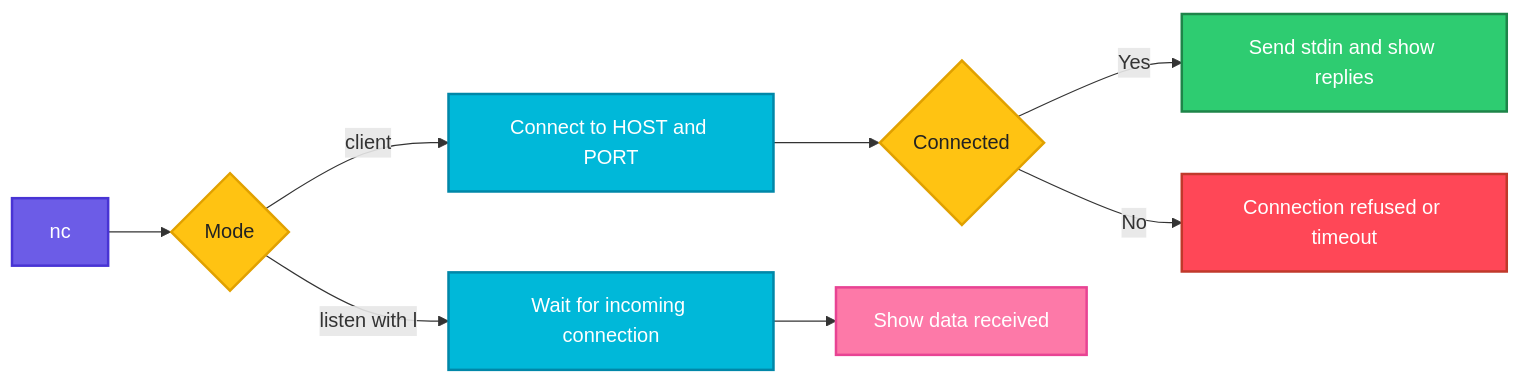
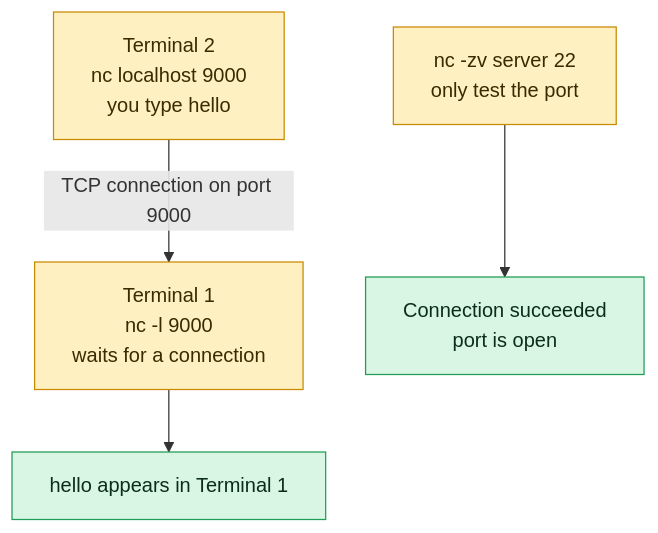
One commit to codeKerdosTech/DevOps-Documentation changed the diagram in linux/networking/nc.md. Above: the diagram before and after it, drawn with Mermaid. The commit also changed other lines of this file and 165 other files, not shown here.

Commit message:
updated diagrams in linux

````diff
--- a/linux/networking/nc.md
+++ b/linux/networking/nc.md
@@ -15,23 +15,14 @@
 ```mermaid
-flowchart LR
-    A[nc] --> B{Mode}
-    B -->|client| C[Connect to HOST and PORT]
-    B -->|listen with l| D[Wait for incoming connection]
-    C --> E{Connected}
-    E -->|Yes| F[Send stdin and show replies]
-    E -->|No| G[Connection refused or timeout]
-    D --> H[Show data received]
-    classDef start fill:#6C5CE7,stroke:#4834D4,stroke-width:2px,color:#fff
-    classDef proc fill:#00B8D9,stroke:#0087A8,stroke-width:2px,color:#fff
-    classDef dec fill:#FFC312,stroke:#E1A100,stroke-width:2px,color:#222
-    classDef ok fill:#2ECC71,stroke:#1E8449,stroke-width:2px,color:#fff
-    classDef err fill:#FF4757,stroke:#C0392B,stroke-width:2px,color:#fff
-    classDef out fill:#FD79A8,stroke:#E84393,stroke-width:2px,color:#fff
-    classDef alt fill:#FF9F43,stroke:#E67E22,stroke-width:2px,color:#fff
-    class A start
-    class B,E dec
-    class C,D proc
-    class F ok
-    class G err
-    class H out
+flowchart TD
+    c1[Terminal 1<br/>nc -l 9000<br/>waits for a connection]
+    c2[Terminal 2<br/>nc localhost 9000<br/>you type hello] -->|TCP connection on port 9000| c1
+    c1 --> o1[hello appears in Terminal 1]
+    c3[nc -zv server 22<br/>only test the port] --> o2[Connection succeeded<br/>port is open]
+    classDef inp fill:#DCEBFF,stroke:#2F6FDE,color:#10213F
+    classDef cmd fill:#FFF0C2,stroke:#C98A00,color:#3A2A00
+    classDef out fill:#D9F5E3,stroke:#1F9D55,color:#0B2E1A
+    classDef bad fill:#FDE0E0,stroke:#D13B3B,color:#4A0F0F
+    classDef note fill:#ECEFF3,stroke:#7B8794,color:#1F2933
+    class c1,c2,c3 cmd
+    class o1,o2 out
 ```
````
